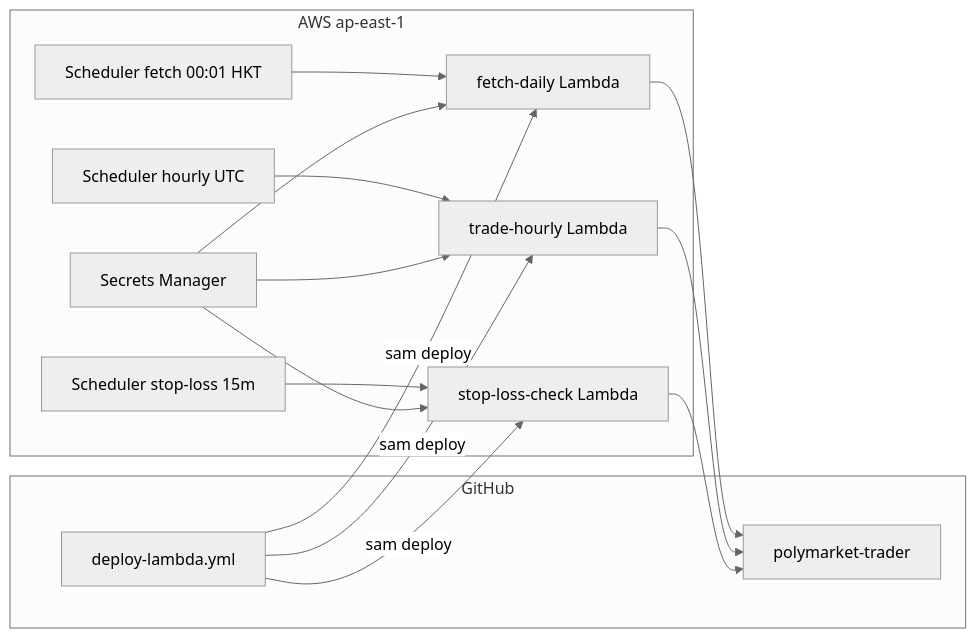
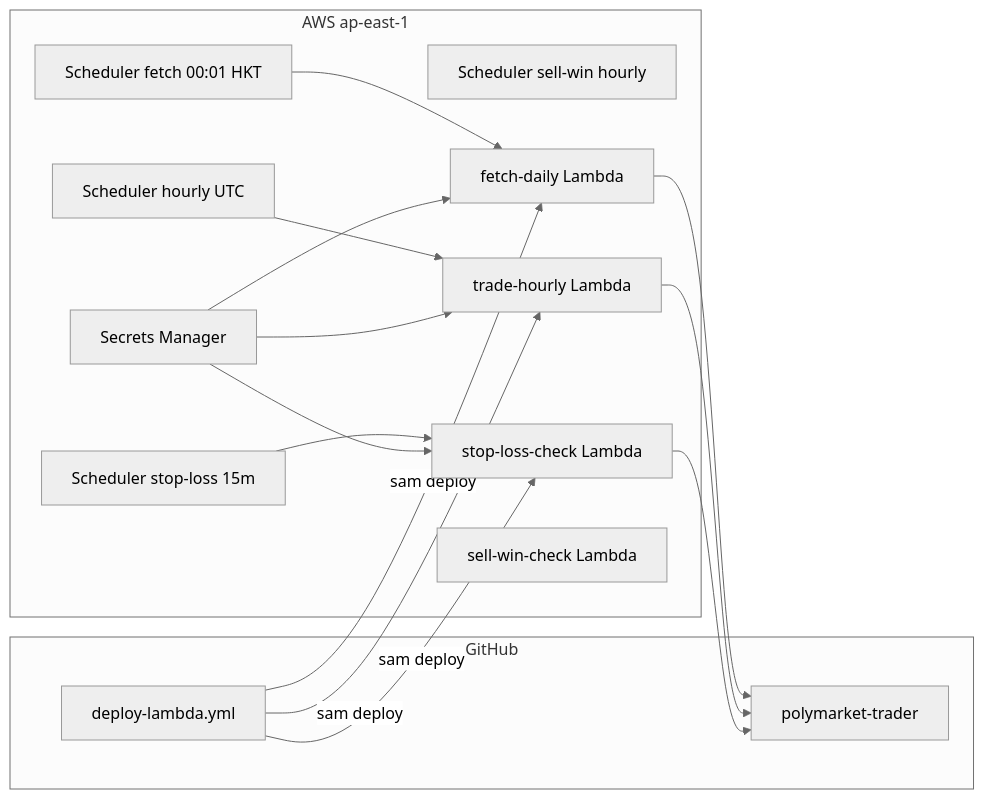
The diagram in README.md (bestwade22/polymarket-trader), drawn with Mermaid (neutral theme) before and after one commit. The commit also changed other lines of this file and 16 other files, not shown here.

Commit message:
add check-sell-win

````diff
--- a/README.md
+++ b/README.md
@@ -204,28 +215,30 @@
 ```mermaid
 flowchart LR
   subgraph github [GitHub]
     Repo[polymarket-trader]
     DeployGHA[deploy-lambda.yml]
   end
   subgraph aws [AWS ap-east-1]
     EB1[Scheduler fetch 00:01 HKT]
     EB2[Scheduler hourly UTC]
     EB3[Scheduler stop-loss 15m]
+    EB4[Scheduler sell-win hourly]
     LF[fetch-daily Lambda]
     LT[trade-hourly Lambda]
     LS[stop-loss-check Lambda]
+    LSW[sell-win-check Lambda]
     SM[Secrets Manager]
   end
   DeployGHA -->|sam deploy| LF
   DeployGHA -->|sam deploy| LT
   DeployGHA -->|sam deploy| LS
   EB1 --> LF
   EB2 --> LT
   EB3 --> LS
   LF --> Repo
   LT --> Repo
   LS --> Repo
   SM --> LF
   SM --> LT
   SM --> LS
 ```
````
